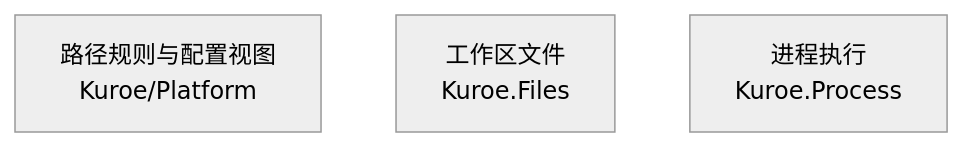
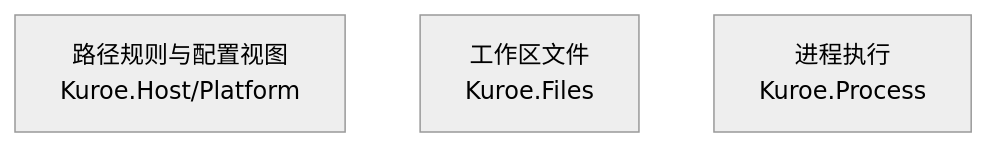
The diagram in docs/dev/architecture/functional-boundary/platform/index.md (DrMelt/Kuroe), drawn with Mermaid (neutral theme) before and after one commit. The commit also changed other lines of this file and 1065 other files, not shown here.

Commit message:
宿主目录 Kuroe 改名为 Kuroe.Host

````diff
--- a/docs/dev/architecture/functional-boundary/platform/index.md
+++ b/docs/dev/architecture/functional-boundary/platform/index.md
@@ -5,6 +5,6 @@
 ```mermaid
 flowchart TD
-    Platform["路径规则与配置视图<br>Kuroe/Platform"]
+    Platform["路径规则与配置视图<br>Kuroe.Host/Platform"]
     Files["工作区文件<br>Kuroe.Files"]
     Process["进程执行<br>Kuroe.Process"]
 ```
````
